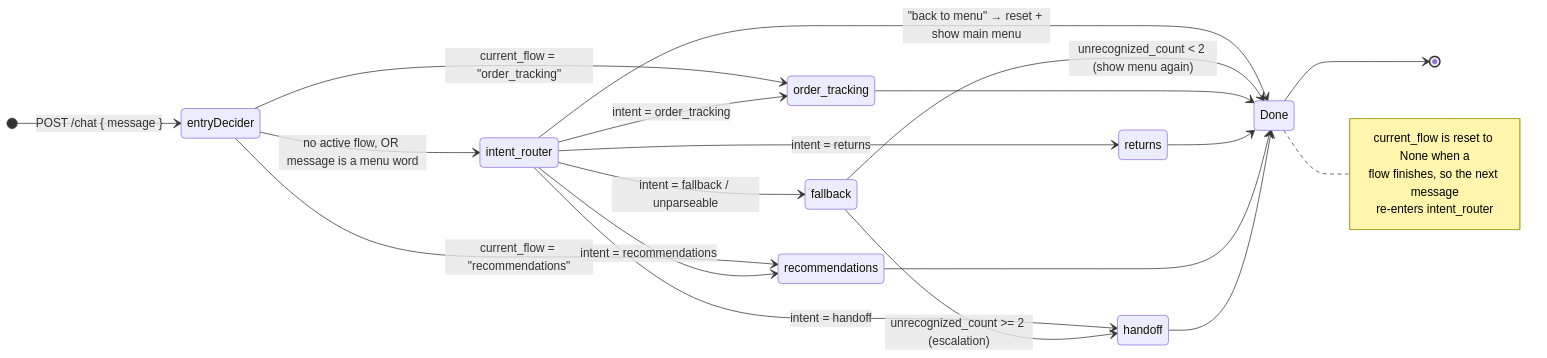
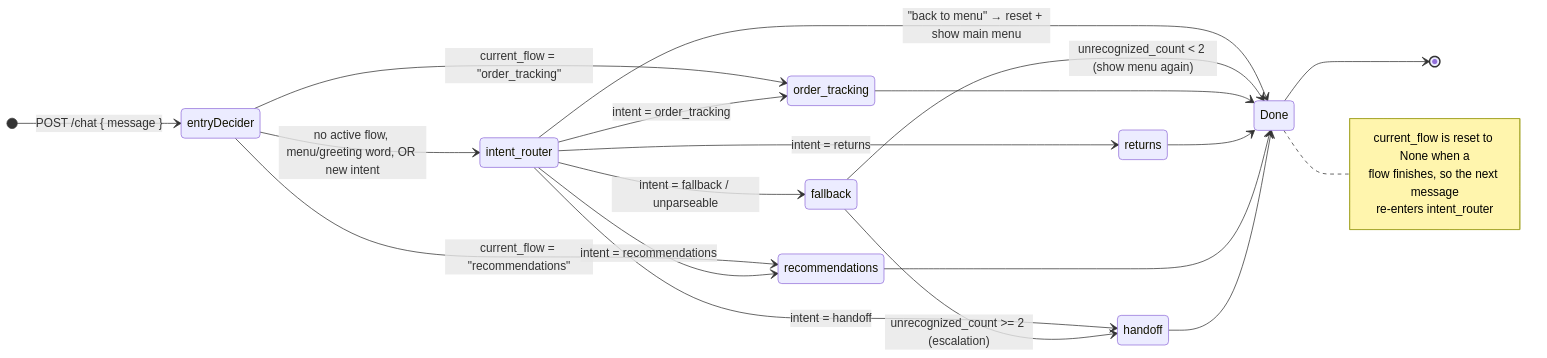
Before and after one commit to pkbros/cutomerBot2: the fourth of 12 diagrams in architecture.md, drawn with Mermaid. The commit also changed other lines of this file and 3 other files, not shown here.

````diff
--- a/architecture.md
+++ b/architecture.md
@@ -140,32 +140,32 @@
 ```mermaid
 stateDiagram-v2
     direction LR
 
     [*] --> entryDecider: POST /chat { message }
 
-    entryDecider --> intent_router: no active flow, OR message is a menu word
+    entryDecider --> intent_router: no active flow, menu/greeting word, OR new intent
     entryDecider --> order_tracking: current_flow = "order_tracking"
     entryDecider --> recommendations: current_flow = "recommendations"
 
     intent_router --> order_tracking: intent = order_tracking
     intent_router --> returns: intent = returns
     intent_router --> recommendations: intent = recommendations
     intent_router --> handoff: intent = handoff
     intent_router --> fallback: intent = fallback / unparseable
     intent_router --> Done: "back to menu" → reset + show main menu
 
     fallback --> handoff: unrecognized_count >= 2 (escalation)
     fallback --> Done: unrecognized_count < 2 (show menu again)
 
     order_tracking --> Done
     returns --> Done
     recommendations --> Done
     handoff --> Done
 
     Done --> [*]
     note right of Done
       current_flow is reset to None when a
       flow finishes, so the next message
       re-enters intent_router
     end note
 ```
````
